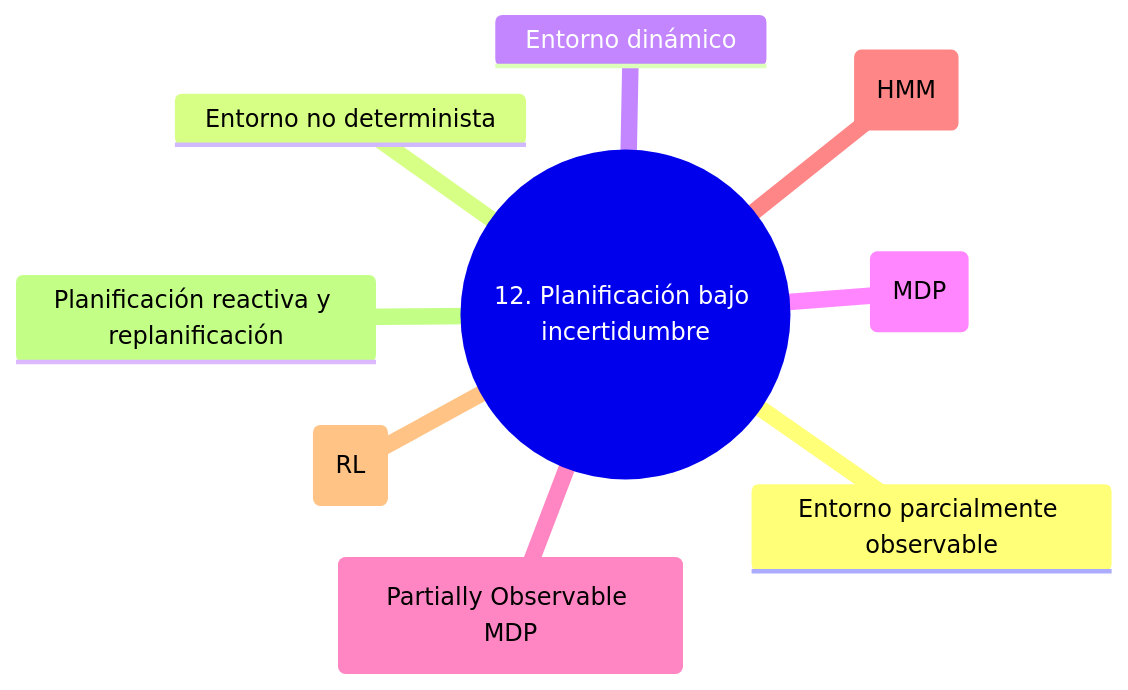
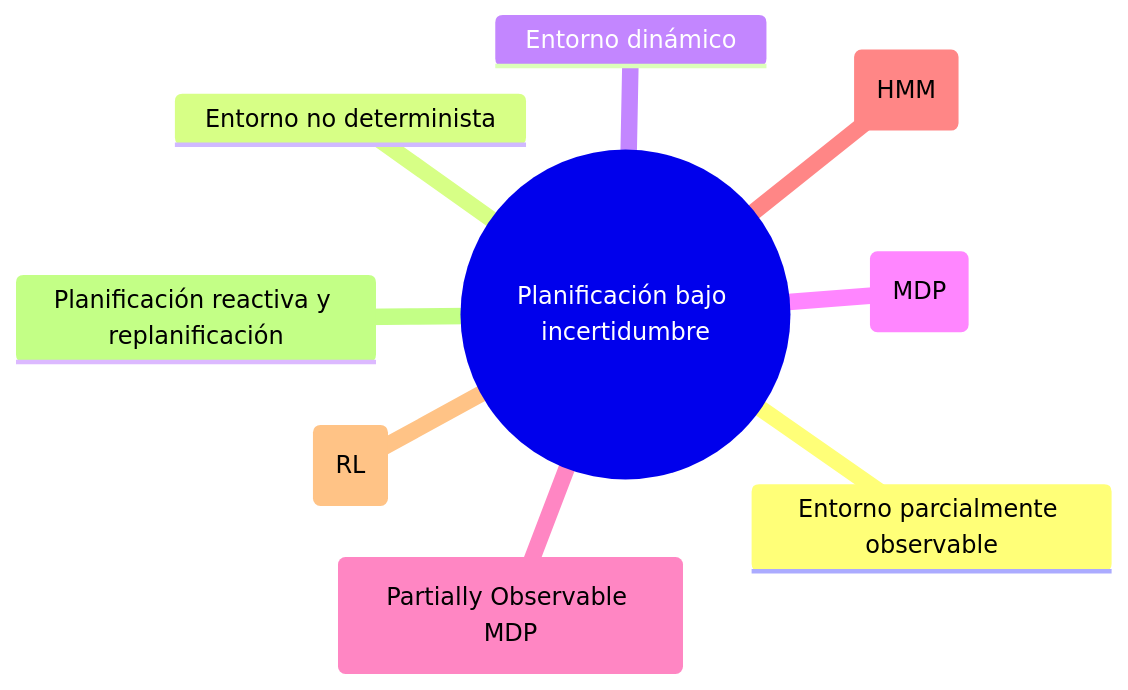
One commit to rgglez/rgglez-website changed diagram 12 of 17 in src/src/data/blog/2026/05/es/glosario-razonamiento-planificacion.mdx. Above: the diagram before and after it, drawn with Mermaid. The commit also changed other lines of this file and 42 other files, not shown here.

````diff
--- a/src/src/data/blog/2026/05/es/glosario-razonamiento-planificacion.mdx
+++ b/src/src/data/blog/2026/05/es/glosario-razonamiento-planificacion.mdx
@@ -1308,12 +1322,12 @@
 ```mermaid
 mindmap
-  root((12. Planificación bajo incertidumbre))
+  root(("Planificación bajo incertidumbre"))
     Entorno parcialmente observable
     Entorno no determinista
     Entorno dinámico
     Proceso de decisión de Markov (MDP)
     POMDP (Partially Observable MDP)
     Modelo Oculto de Markov (HMM)
     Aprendizaje por refuerzo (RL)
     Planificación reactiva y replanificación
 ```
````
